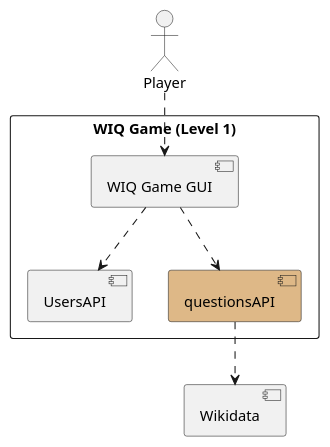
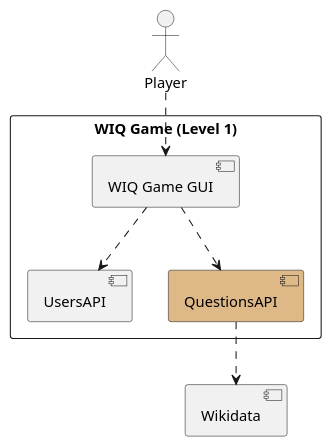
One commit to Arquisoft/wiq_en1a changed the first of 2 diagrams in docs/src/05_building_block_view.adoc. Above: the diagram before and after it, drawn with PlantUML. The commit also changed other lines of this file, not shown here.

Commit message:
Removed mongodb from Question API white box as it does not use it

```diff
--- a/docs/src/05_building_block_view.adoc
+++ b/docs/src/05_building_block_view.adoc
@@ -69,15 +69,15 @@
 [plantuml,"Whitebox overall system",png]
 ----
 actor Player
 [Wikidata]
 
 rectangle "WIQ Game (Level 1)"{
 [WIQ Game GUI]
 [UsersAPI]
-[questionsAPI] #BurlyWood
+[QuestionsAPI] #BurlyWood
 Player ..> (WIQ Game GUI)
-[questionsAPI] ..> Wikidata
+[QuestionsAPI] ..> Wikidata
 [WIQ Game GUI] ..> UsersAPI
-[WIQ Game GUI] ..> questionsAPI
+[WIQ Game GUI] ..> QuestionsAPI
 }
 ----
```
